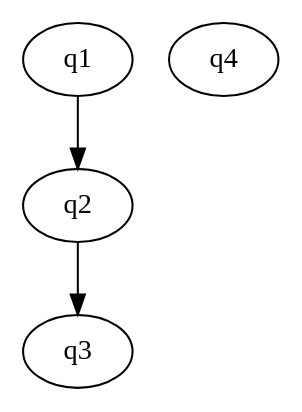
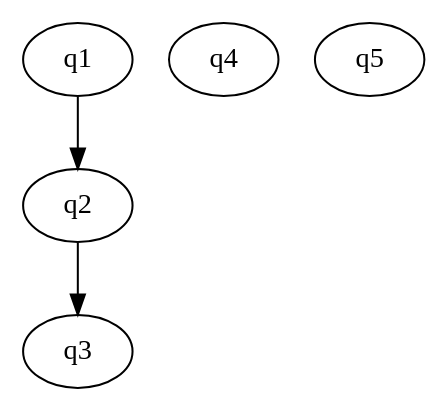
The diagram in algebra742live/content/question_digraphs/ch5.dot (cdurden/algebra742), drawn with Graphviz before and after one commit. The commit also changed 24 other files, not shown here.

```diff
--- a/algebra742live/content/question_digraphs/ch5.dot
+++ b/algebra742live/content/question_digraphs/ch5.dot
@@ -1,8 +1,9 @@
 digraph ch5 {
   start=q1;
   q1 [class="Question.AsyGraphicsDrawingQuestion",params="{'template': 'NumberLine.asy', 'min':'-8', 'max':'8', 'Question': 'Where are $-5$ and $2$ relative to each other?'}"];
   q2 [class="Question.QuestionOnePlusOne",params="{'Question': 'What is $1+1?'}"];
   q3 [class="Question.DrawingQuestion",params="{'Question': 'What is one plus one?'}"];
   q4 [class="Question.DotGraphicsQuestion",params="{'template': 'ch5.dot'}"];
+  q5 [class="Question.SolutionQuestion",params="{'statement': 'x+3>70'}"];
   q1 -> q2 -> q3;
 }
```
